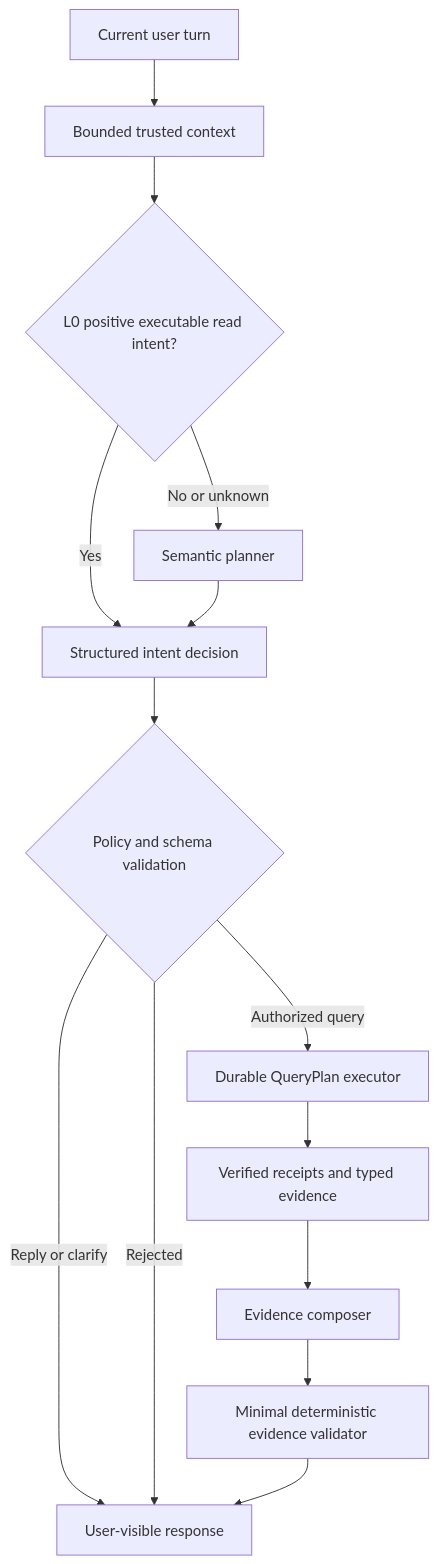
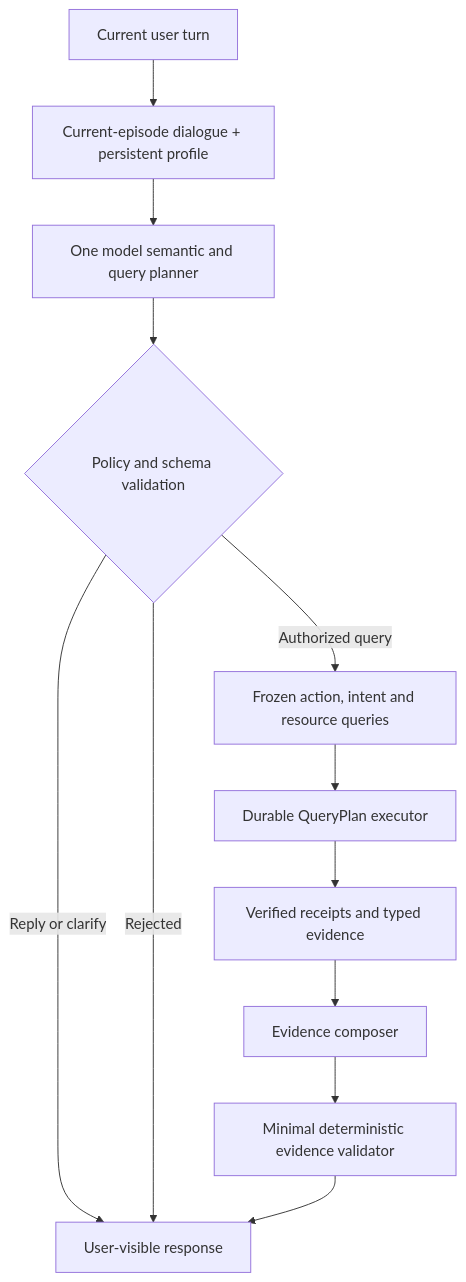
Before and after one commit to aihehuo/deepagents: the diagram in docs/GROUP_AGENT_THIN_HARNESS_DESIGN.md, drawn with Mermaid. The commit also changed other lines of this file and 15 other files, not shown here.

````diff
--- a/docs/GROUP_AGENT_THIN_HARNESS_DESIGN.md
+++ b/docs/GROUP_AGENT_THIN_HARNESS_DESIGN.md
@@ -176,16 +217,14 @@
 ```mermaid
 flowchart TD
-    U[Current user turn] --> C[Bounded trusted context]
-    C --> L0{L0 positive executable read intent?}
-    L0 -->|Yes| D[Structured intent decision]
-    L0 -->|No or unknown| P[Semantic planner]
-    P --> D
-    D --> V{Policy and schema validation}
+    U[Current user turn] --> C[Current-episode dialogue + persistent profile]
+    C --> P[One model semantic and query planner]
+    P --> V{Policy and schema validation}
     V -->|Reply or clarify| R[User-visible response]
-    V -->|Authorized query| E[Durable QueryPlan executor]
+    V -->|Authorized query| F[Frozen action, intent and resource queries]
     V -->|Rejected| R
+    F --> E[Durable QueryPlan executor]
     E --> X[Verified receipts and typed evidence]
     X --> M[Evidence composer]
     M --> G[Minimal deterministic evidence validator]
     G --> R
 ```
````
